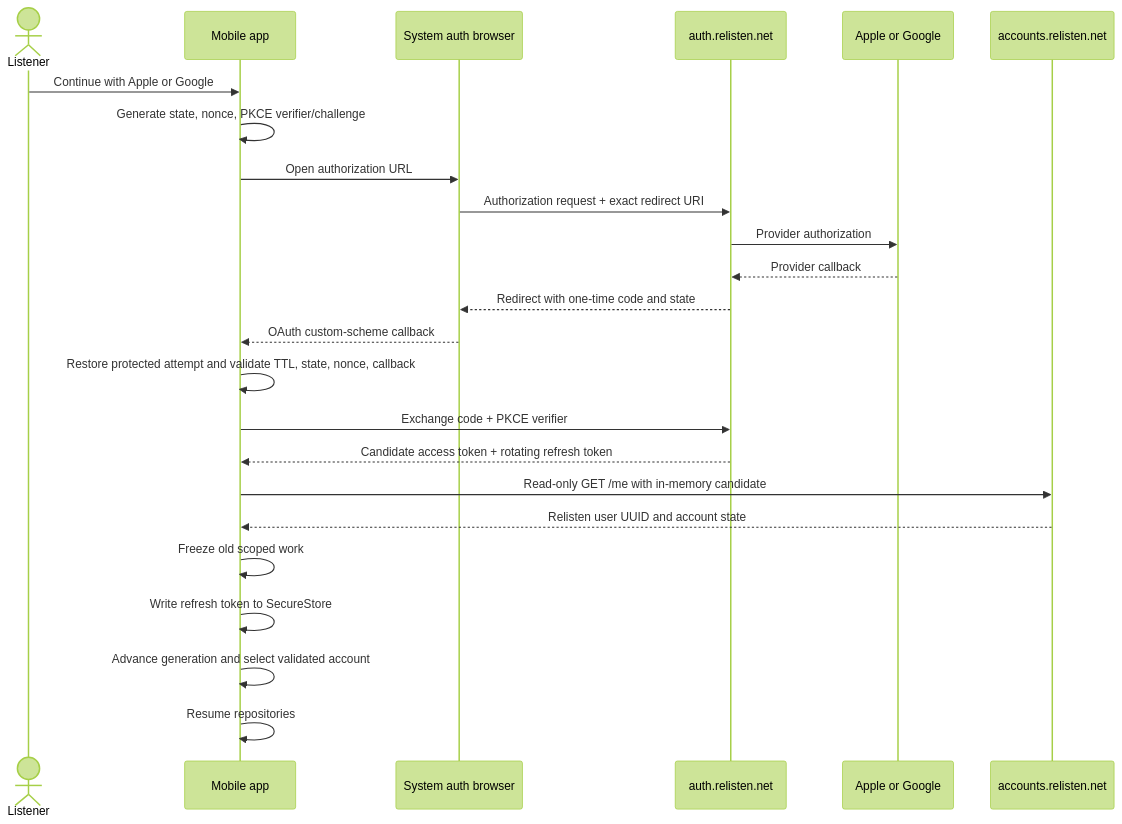
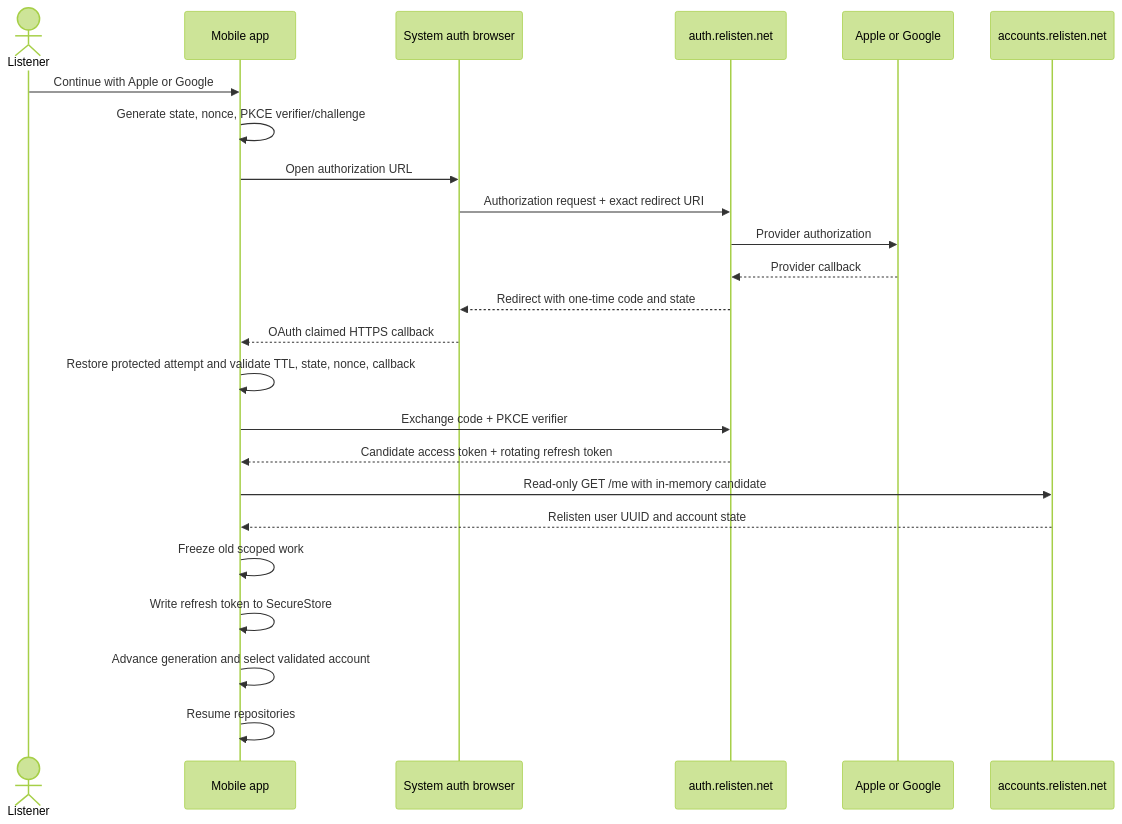
Before and after one commit to RelistenNet/relisten-mobile: the fourth of 14 diagrams in docs/architecture/2026-07-18-relisten-mobile-accounts-library-sync-and-sonos-architecture.md, drawn with Mermaid (forest theme). The commit also changed other lines of this file and 5 other files, not shown here.

````diff
--- a/docs/architecture/2026-07-18-relisten-mobile-accounts-library-sync-and-sonos-architecture.md
+++ b/docs/architecture/2026-07-18-relisten-mobile-accounts-library-sync-and-sonos-architecture.md
@@ -285,27 +285,27 @@
 ```mermaid
 sequenceDiagram
     actor L as Listener
     participant M as Mobile app
     participant B as System auth browser
     participant A as auth.relisten.net
     participant P as Apple or Google
     participant U as accounts.relisten.net
 
     L->>M: Continue with Apple or Google
     M->>M: Generate state, nonce, PKCE verifier/challenge
     M->>B: Open authorization URL
     B->>A: Authorization request + exact redirect URI
     A->>P: Provider authorization
     P-->>A: Provider callback
     A-->>B: Redirect with one-time code and state
-    B-->>M: OAuth custom-scheme callback
+    B-->>M: OAuth claimed HTTPS callback
     M->>M: Restore protected attempt and validate TTL, state, nonce, callback
     M->>A: Exchange code + PKCE verifier
     A-->>M: Candidate access token + rotating refresh token
     M->>U: Read-only GET /me with in-memory candidate
     U-->>M: Relisten user UUID and account state
     M->>M: Freeze old scoped work
     M->>M: Write refresh token to SecureStore
     M->>M: Advance generation and select validated account
     M->>M: Resume repositories
 ```
````
